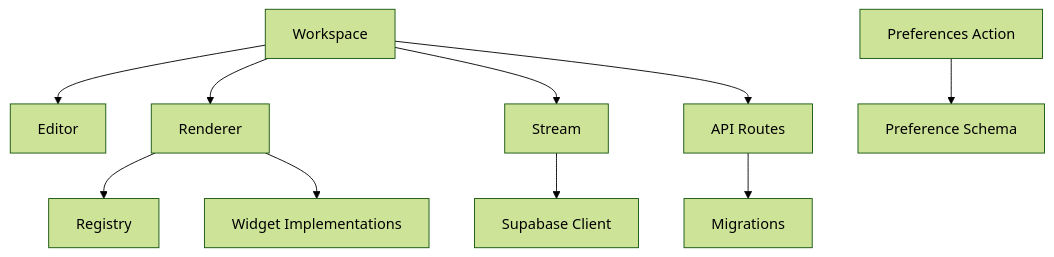
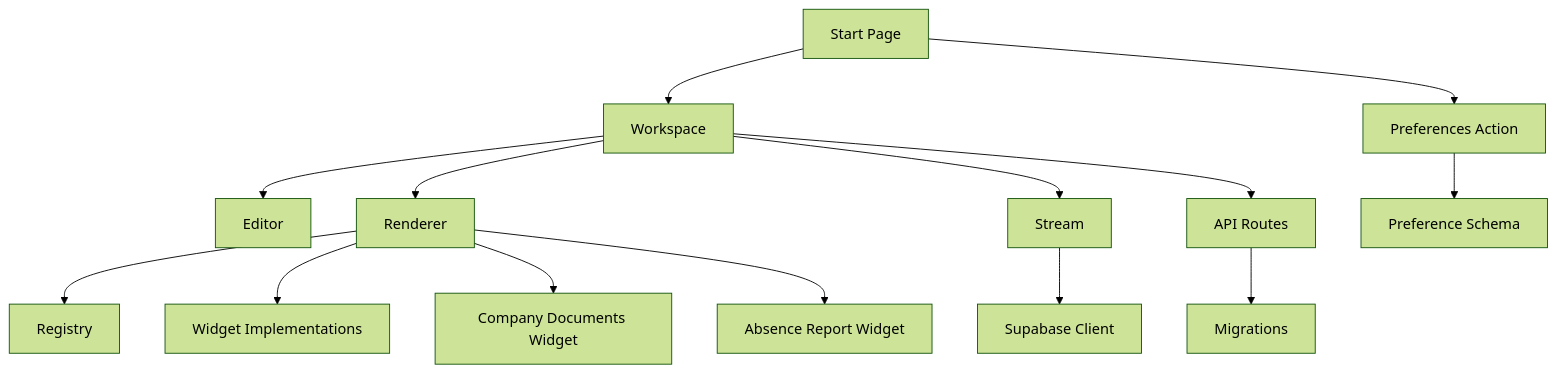
One commit to EdwinCycling/LiquidHR changed diagram 15 of 15 in .qoder/repowiki/en/content/Advanced Features/Dashboard Engine/Dashboard Engine.md. Above: the diagram before and after it, drawn with Mermaid (forest theme). The commit also changed other lines of this file and 26 other files, not shown here.

````diff
--- a/.qoder/repowiki/en/content/Advanced Features/Dashboard Engine/Dashboard Engine.md
+++ b/.qoder/repowiki/en/content/Advanced Features/Dashboard Engine/Dashboard Engine.md
@@ -497,12 +643,16 @@
 ```mermaid
 graph TB
 WS["Workspace"] --> ED["Editor"]
 WS --> WR["Renderer"]
 WS --> ST["Stream"]
 WS --> AP["API Routes"]
 WR --> RG["Registry"]
 WR --> WI["Widget Implementations"]
+WR --> CD["Company Documents Widget"]
+WR --> AR["Absence Report Widget"]
 ST --> SB["Supabase Client"]
 AP --> MIG["Migrations"]
 PREF["Preferences Action"] --> SCHEMA["Preference Schema"]
+SP["Start Page"] --> WS
+SP --> PREF
 ```
````
